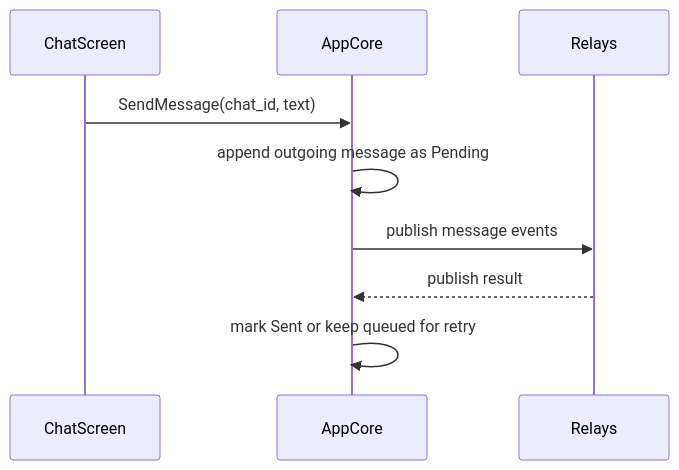
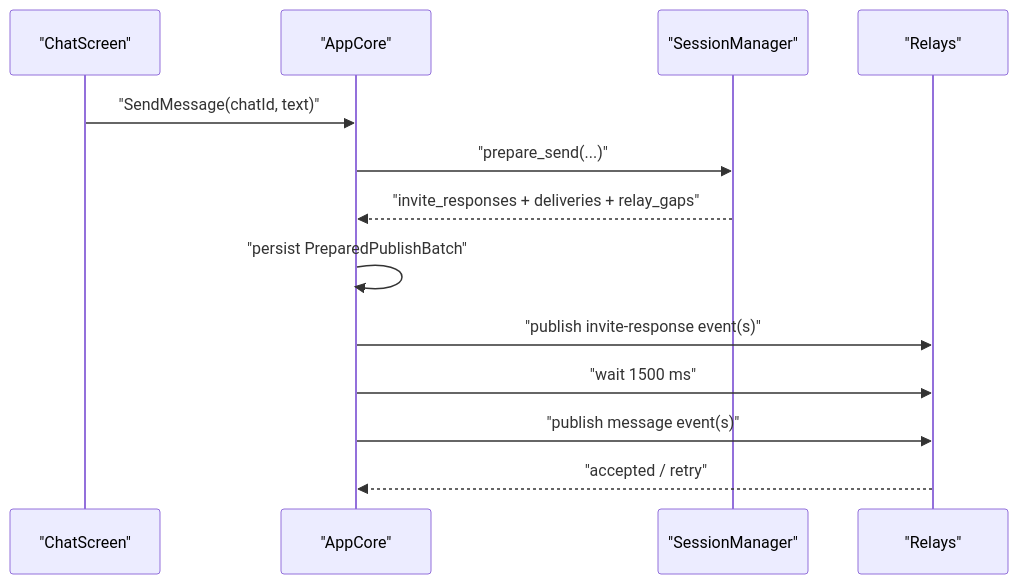
The eighth of 9 diagrams in ARCHITECTURE_REVIEW.md (lauri000/ndr-demo-app), drawn with Mermaid before and after one commit. The commit also changed other lines of this file and 4 other files, not shown here.

````diff
--- a/ARCHITECTURE_REVIEW.md
+++ b/ARCHITECTURE_REVIEW.md
@@ -137,11 +286,16 @@
 ```mermaid
 sequenceDiagram
-  participant UI as ChatScreen
-  participant CORE as AppCore
-  participant RELAY as Relays
-  UI->>CORE: SendMessage(chat_id, text)
-  CORE->>CORE: append outgoing message as Pending
-  CORE->>RELAY: publish message events
-  RELAY-->>CORE: publish result
-  CORE->>CORE: mark Sent or keep queued for retry
+  participant UI as "ChatScreen"
+  participant CORE as "AppCore"
+  participant SM as "SessionManager"
+  participant RELAY as "Relays"
+
+  UI->>CORE: "SendMessage(chatId, text)"
+  CORE->>SM: "prepare_send(...)"
+  SM-->>CORE: "invite_responses + deliveries + relay_gaps"
+  CORE->>CORE: "persist PreparedPublishBatch"
+  CORE->>RELAY: "publish invite-response event(s)"
+  CORE->>RELAY: "wait 1500 ms"
+  CORE->>RELAY: "publish message event(s)"
+  RELAY-->>CORE: "accepted / retry"
 ```
````
